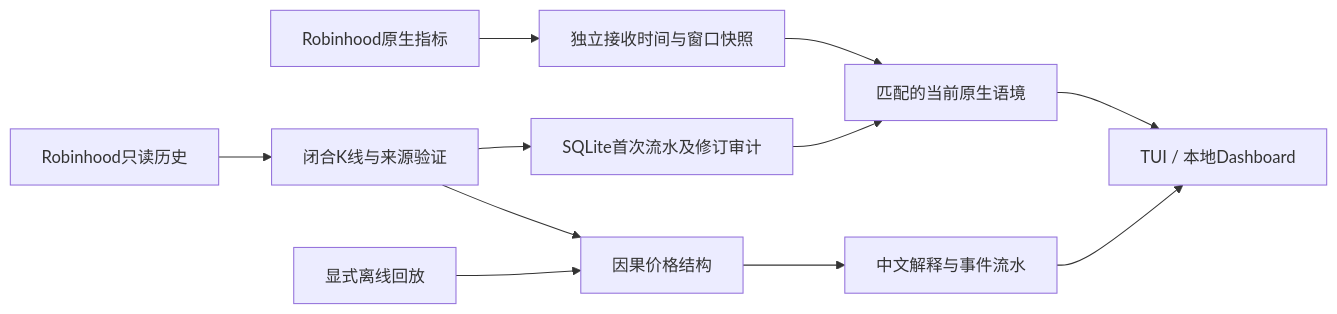
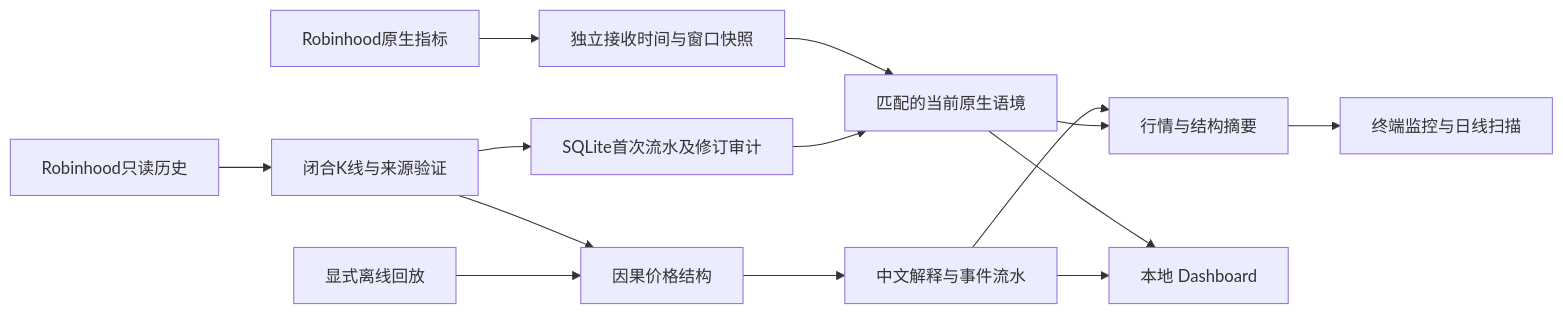
The diagram in README.zh-CN.md (GordonBai/price-action-observer), drawn with Mermaid before and after one commit. The commit also changed other lines of this file and 6 other files, not shown here.

````diff
--- a/README.zh-CN.md
+++ b/README.zh-CN.md
@@ -126,13 +126,16 @@
 ```mermaid
 flowchart LR
   A[Robinhood只读历史] --> B[闭合K线与来源验证]
   B --> C[因果价格结构]
   B --> J[SQLite首次流水及修订审计]
   N[Robinhood原生指标] --> S[独立接收时间与窗口快照]
   S --> I[匹配的当前原生语境]
   J --> I
   C --> E[中文解释与事件流水]
-  I --> V[TUI / 本地Dashboard]
+  E --> P[行情与结构摘要]
+  I --> P
+  P --> T[终端监控与日线扫描]
+  I --> V[本地 Dashboard]
   E --> V
   R[显式离线回放] --> C
 ```
````
